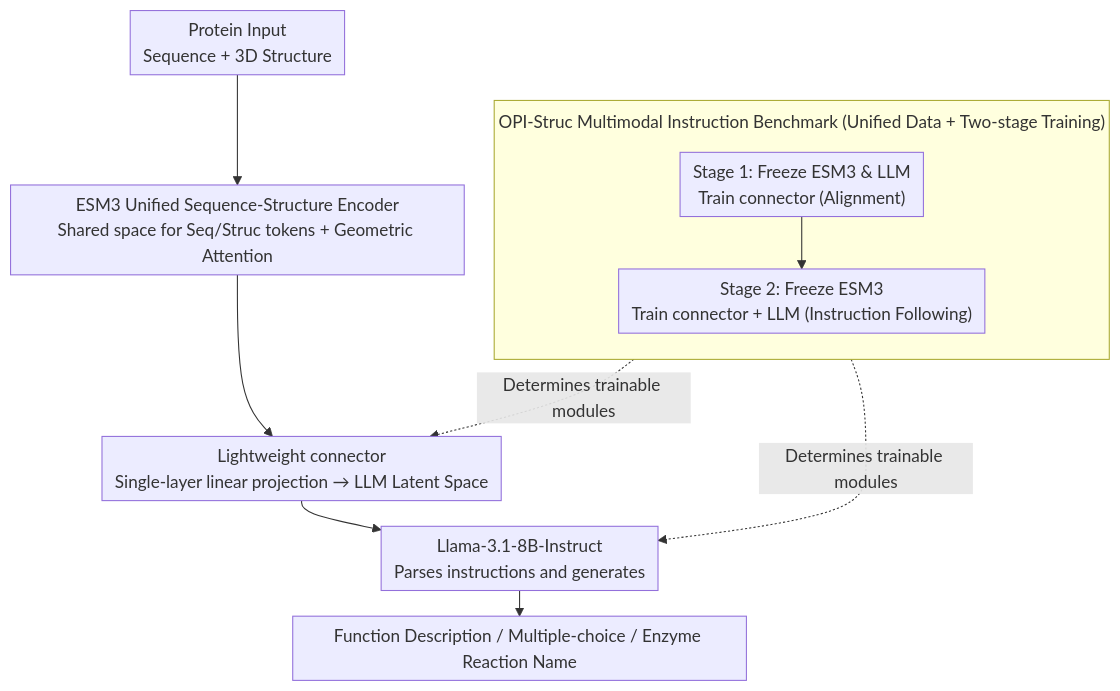
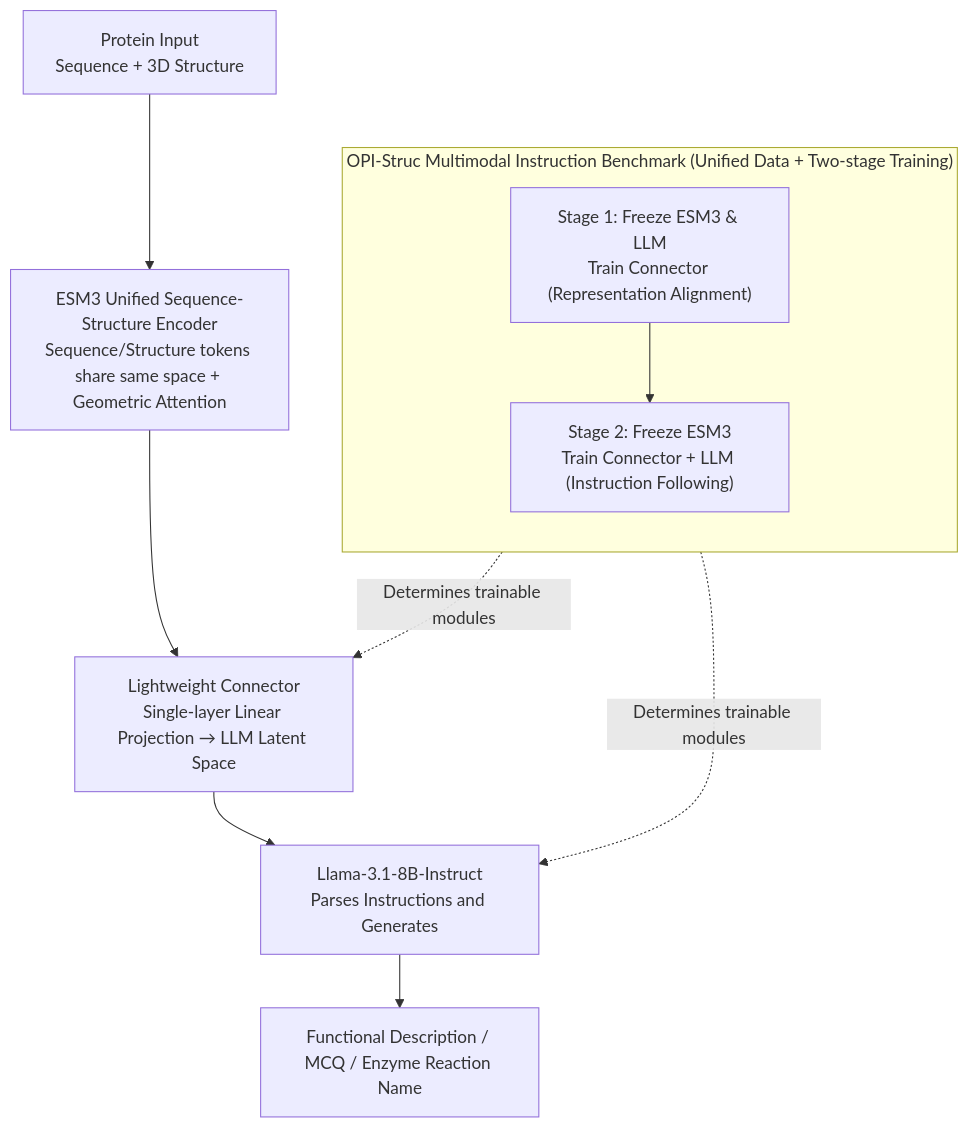
One commit to zhaoyang97/Paper-Notes-en changed the diagram in docs/ACL2026/multimodal_vlm/stella_a_multimodal_llm_for_protein_functional_annotation_via_unified_sequence-s.md. Above: the diagram before and after it, drawn with Mermaid. The commit also changed other lines of this file and 5084 other files, not shown here.

````diff
--- a/docs/ACL2026/multimodal_vlm/stella_a_multimodal_llm_for_protein_functional_annotation_via_unified_sequence-s.md
+++ b/docs/ACL2026/multimodal_vlm/stella_a_multimodal_llm_for_protein_functional_annotation_via_unified_sequence-s.md
@@ -45,15 +45,14 @@
 ```mermaid
-%%{init: {'flowchart': {'rankSpacing': 24, 'nodeSpacing': 28, 'padding': 6, 'wrappingWidth': 400, 'subGraphTitleMargin': {'top': 8, 'bottom': 16}}}}%%
-flowchart TD
-    A["Protein Input<br/>Sequence + 3D Structure"] --> B["ESM3 Unified Sequence-Structure Encoder<br/>Shared space for Seq/Struc tokens + Geometric Attention"]
-    B --> C["Lightweight connector<br/>Single-layer linear projection → LLM Latent Space"]
-    C --> D["Llama-3.1-8B-Instruct<br/>Parses instructions and generates"]
-    D --> E["Function Description / Multiple-choice / Enzyme Reaction Name"]
+graph TD
+    A["Protein Input<br/>Sequence + 3D Structure"] --> B["ESM3 Unified Sequence-Structure Encoder<br/>Sequence/Structure tokens share same space + Geometric Attention"]
+    B --> C["Lightweight Connector<br/>Single-layer Linear Projection → LLM Latent Space"]
+    C --> D["Llama-3.1-8B-Instruct<br/>Parses Instructions and Generates"]
+    D --> E["Functional Description / MCQ / Enzyme Reaction Name"]
     subgraph T["OPI-Struc Multimodal Instruction Benchmark (Unified Data + Two-stage Training)"]
         direction TB
-        S1["Stage 1: Freeze ESM3 & LLM<br/>Train connector (Alignment)"]
-        S1 --> S2["Stage 2: Freeze ESM3<br/>Train connector + LLM (Instruction Following)"]
+        S1["Stage 1: Freeze ESM3 & LLM<br/>Train Connector (Representation Alignment)"]
+        S1 --> S2["Stage 2: Freeze ESM3<br/>Train Connector + LLM (Instruction Following)"]
     end
-    T -.Determines trainable modules.-> C
-    T -.Determines trainable modules.-> D
+    T -.->|Determines trainable modules| C
+    T -.->|Determines trainable modules| D
 ```
````
